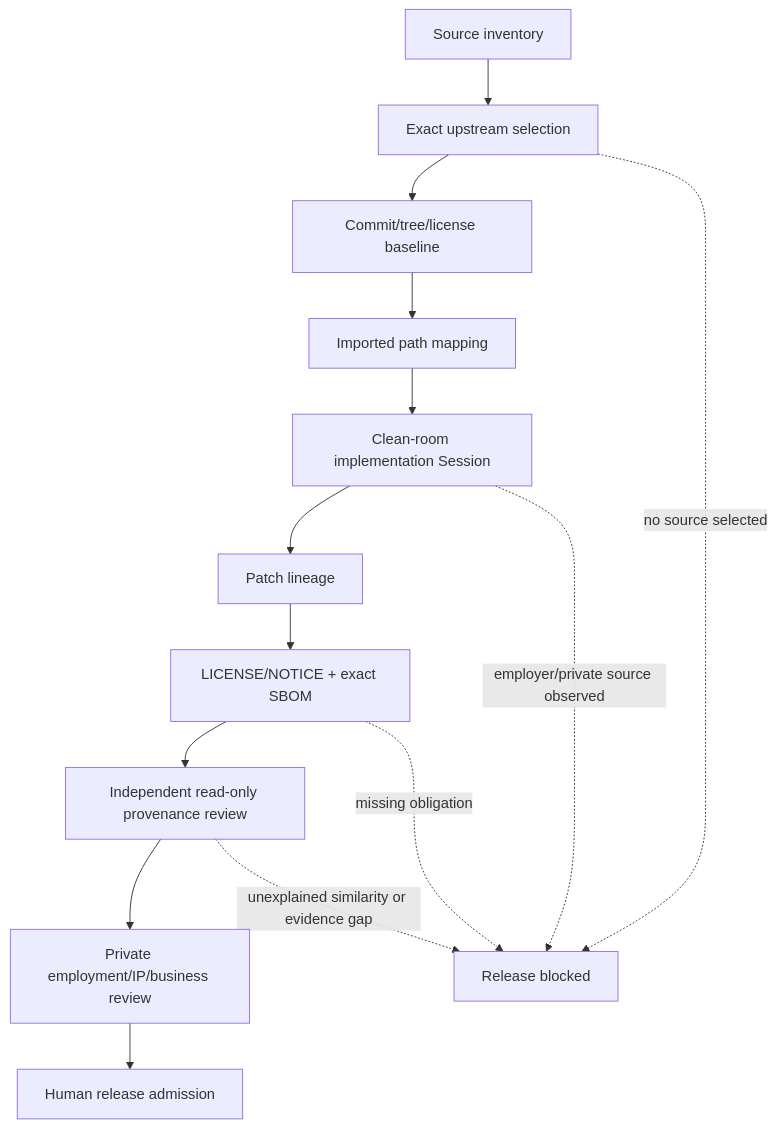
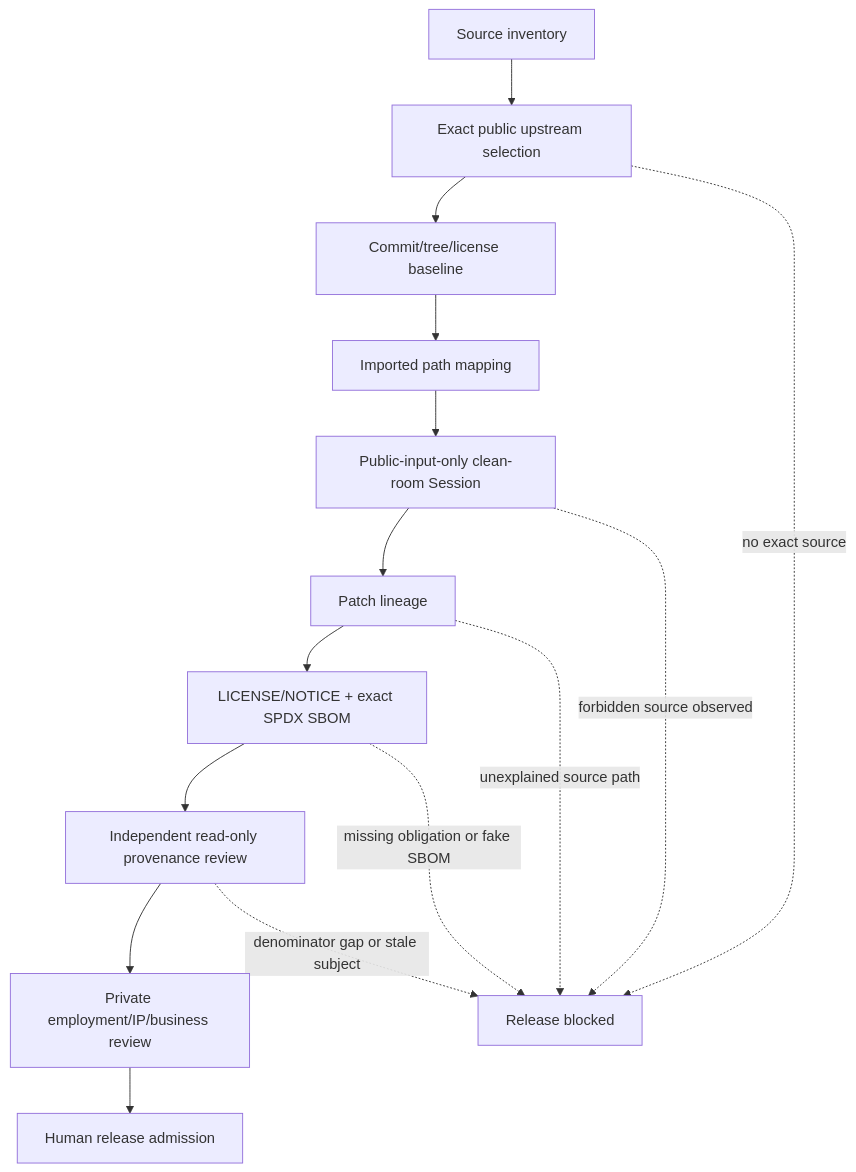
Before and after one commit to ed3c/ActionGate: the diagram in docs/provenance/README.md, drawn with Mermaid. The commit also changed other lines of this file and 19 other files, not shown here.

````diff
--- a/docs/provenance/README.md
+++ b/docs/provenance/README.md
@@ -37,17 +40,18 @@
 ```mermaid
 flowchart TD
-  INV[Source inventory] --> SEL[Exact upstream selection]
+  INV[Source inventory] --> SEL[Exact public upstream selection]
   SEL --> BASE[Commit/tree/license baseline]
   BASE --> PATH[Imported path mapping]
-  PATH --> CR[Clean-room implementation Session]
+  PATH --> CR[Public-input-only clean-room Session]
   CR --> PATCH[Patch lineage]
-  PATCH --> NOTICE[LICENSE/NOTICE + exact SBOM]
+  PATCH --> NOTICE[LICENSE/NOTICE + exact SPDX SBOM]
   NOTICE --> SH[Independent read-only provenance review]
   SH --> LEGAL[Private employment/IP/business review]
   LEGAL --> RELEASE[Human release admission]
 
-  SEL -. no source selected .-> BLOCK[Release blocked]
-  CR -. employer/private source observed .-> BLOCK
-  NOTICE -. missing obligation .-> BLOCK
-  SH -. unexplained similarity or evidence gap .-> BLOCK
+  SEL -. no exact source .-> BLOCK[Release blocked]
+  CR -. forbidden source observed .-> BLOCK
+  PATCH -. unexplained source path .-> BLOCK
+  NOTICE -. missing obligation or fake SBOM .-> BLOCK
+  SH -. denominator gap or stale subject .-> BLOCK
 ```
````
